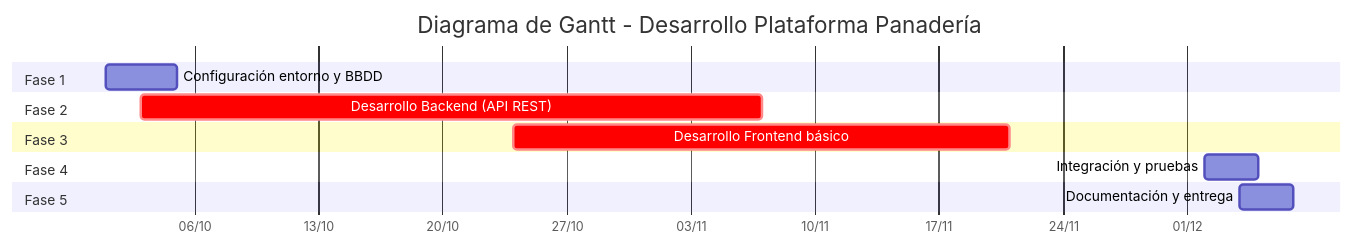
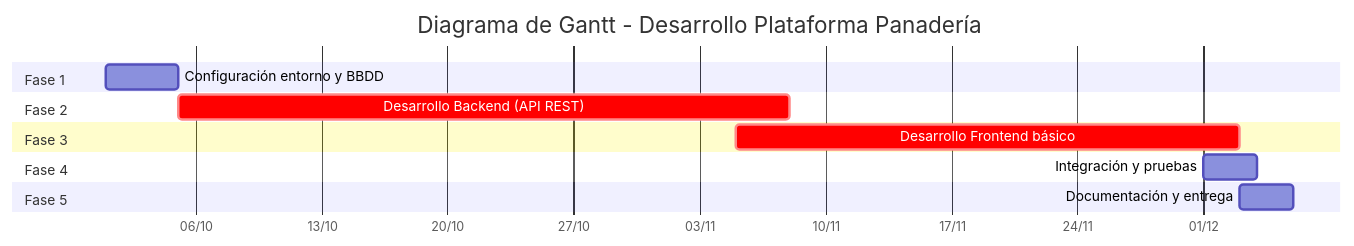
Before and after one commit to CacholoDev/PFC: the third of 3 diagrams in doc/doc.md, drawn with Mermaid. The commit also changed other lines of this file and 1 other file, not shown here.

Commit message:
mermaids fixeados

````diff
--- a/doc/doc.md
+++ b/doc/doc.md
@@ -209,20 +207,20 @@
 ```mermaid
 gantt
     title Diagrama de Gantt - Desarrollo Plataforma Panadería
     dateFormat  YYYY-MM-DD
     axisFormat %d/%m
     section Fase 1
     Configuración entorno y BBDD :2024-10-01, 4d
     
     section Fase 2
-    Desarrollo Backend (API REST) :crit, 2024-10-03, 35d
+    Desarrollo Backend (API REST) :crit, 2024-10-05, 34d
     
     section Fase 3
-    Desarrollo Frontend básico :crit, 2024-10-24, 28d
+    Desarrollo Frontend básico :crit, 2024-11-5, 28d
     
     section Fase 4
-    Integración y pruebas :2024-12-02, 3d
+    Integración y pruebas :2024-12-01, 3d
     
     section Fase 5
-    Documentación y entrega :2024-12-04, 3d
+    Documentación y entrega :2024-12-03, 3d
 ```
````
